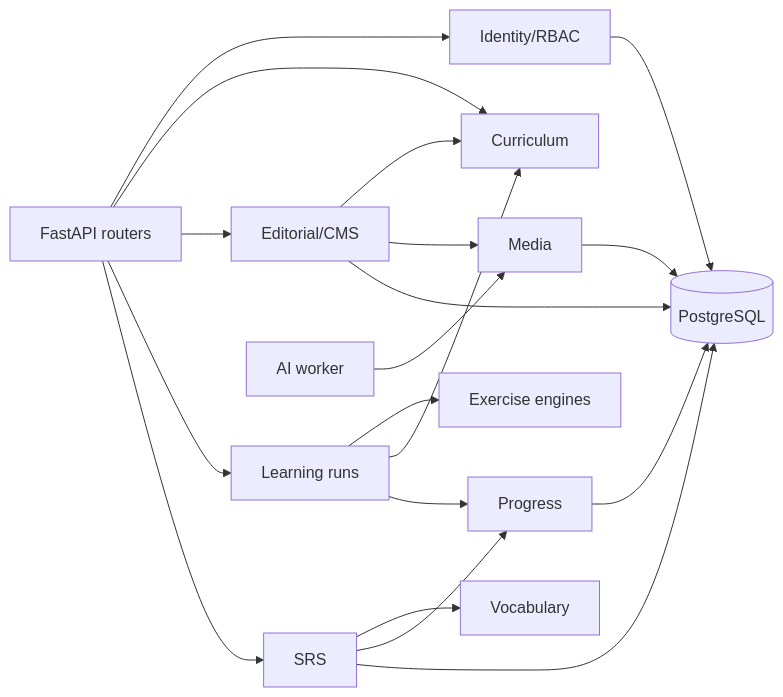
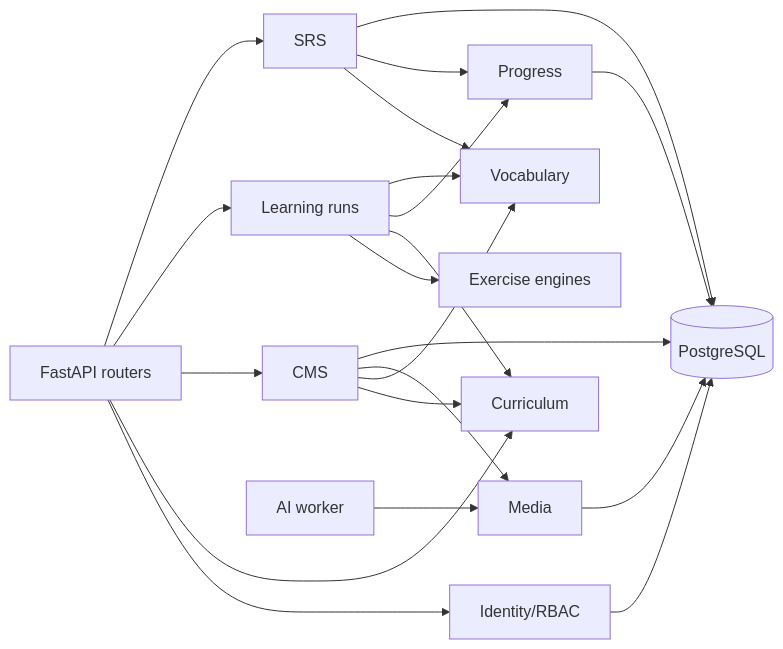
The diagram in docs/architecture/03-backend-architecture.md (HIspcvn/English-Learning-Platform), drawn with Mermaid before and after one commit. The commit also changed other lines of this file and 29 other files, not shown here.

Commit message:
docs: finalize feature parity and architecture contracts

````diff
--- a/docs/architecture/03-backend-architecture.md
+++ b/docs/architecture/03-backend-architecture.md
@@ -21,33 +22,35 @@
 ```mermaid
 flowchart LR
   HTTP["FastAPI routers"]
   Identity["Identity/RBAC"]
   Curriculum["Curriculum"]
-  Editorial["Editorial/CMS"]
+  Editorial["CMS"]
   Learning["Learning runs"]
   Engines["Exercise engines"]
   Progress["Progress"]
   Review["SRS"]
   Vocab["Vocabulary"]
   Media["Media"]
   AI["AI worker"]
   PG[("PostgreSQL")]
   HTTP --> Identity
   HTTP --> Curriculum
   HTTP --> Editorial
   HTTP --> Learning
   HTTP --> Review
   Learning --> Engines
   Learning --> Curriculum
   Learning --> Progress
+  Learning --> Vocab
   Review --> Vocab
   Review --> Progress
   Editorial --> Curriculum
+  Editorial --> Vocab
   Editorial --> Media
   AI --> Media
   Identity --> PG
   Media --> PG
   Editorial --> PG
   Review --> PG
   Progress --> PG
 ```
````
